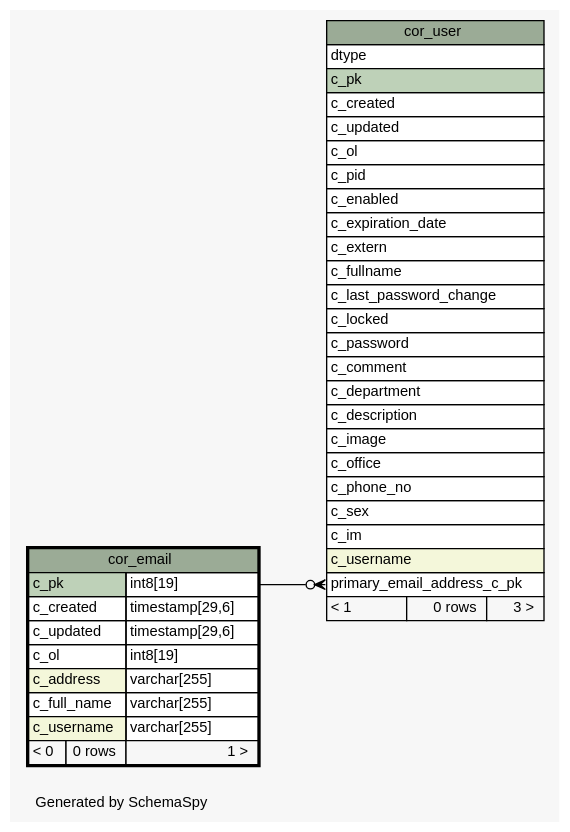
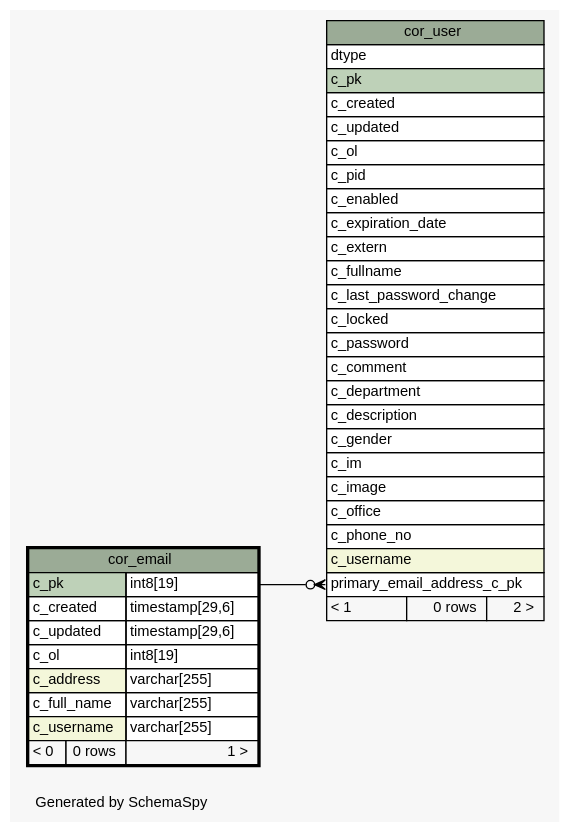
Before and after one commit to openwms/org.openwms.core.uaa: the diagram in schemaspy/diagrams/cor_email.1degree.dot, drawn with Graphviz. The commit also changed 331 other files, not shown here.

```diff
--- a/schemaspy/diagrams/cor_email.1degree.dot
+++ b/schemaspy/diagrams/cor_email.1degree.dot
@@ -1,71 +1,71 @@
-// dot 2.36.0 on Linux 4.4.0-101-generic
+// dot 2.38.0 on Linux 4.15.0-1055-gcp
 // SchemaSpy rev Unknown
 digraph "oneDegreeRelationshipsDiagram" {
   graph [
     rankdir="RL"
     bgcolor="#f7f7f7"
     label="\nGenerated by SchemaSpy"
     labeljust="l"
     nodesep="0.18"
     ranksep="0.46"
     fontname="Helvetica"
     fontsize="11"
   ];
   node [
     fontname="Helvetica"
     fontsize="11"
     shape="plaintext"
   ];
   edge [
     arrowsize="0.8"
   ];
   "cor_user":"primary_email_address_c_pk":w -> "cor_email":"c_pk.type":e [arrowhead=none dir=back arrowtail=crowodot];
   "cor_email" [
     label=<
     <TABLE BORDER="2" CELLBORDER="1" CELLSPACING="0" BGCOLOR="#ffffff">
       <TR><TD COLSPAN="3" BGCOLOR="#9bab96" ALIGN="CENTER">cor_email</TD></TR>
       <TR><TD PORT="c_pk" COLSPAN="2" BGCOLOR="#bed1b8" ALIGN="LEFT">c_pk</TD><TD PORT="c_pk.type" ALIGN="LEFT">int8[19]</TD></TR>
       <TR><TD PORT="c_created" COLSPAN="2" ALIGN="LEFT">c_created</TD><TD PORT="c_created.type" ALIGN="LEFT">timestamp[29,6]</TD></TR>
       <TR><TD PORT="c_updated" COLSPAN="2" ALIGN="LEFT">c_updated</TD><TD PORT="c_updated.type" ALIGN="LEFT">timestamp[29,6]</TD></TR>
       <TR><TD PORT="c_ol" COLSPAN="2" ALIGN="LEFT">c_ol</TD><TD PORT="c_ol.type" ALIGN="LEFT">int8[19]</TD></TR>
       <TR><TD PORT="c_address" COLSPAN="2" BGCOLOR="#f4f7da" ALIGN="LEFT">c_address</TD><TD PORT="c_address.type" ALIGN="LEFT">varchar[255]</TD></TR>
       <TR><TD PORT="c_full_name" COLSPAN="2" ALIGN="LEFT">c_full_name</TD><TD PORT="c_full_name.type" ALIGN="LEFT">varchar[255]</TD></TR>
       <TR><TD PORT="c_username" COLSPAN="2" BGCOLOR="#f4f7da" ALIGN="LEFT">c_username</TD><TD PORT="c_username.type" ALIGN="LEFT">varchar[255]</TD></TR>
       <TR><TD ALIGN="LEFT" BGCOLOR="#f7f7f7">&lt; 0</TD><TD ALIGN="RIGHT" BGCOLOR="#f7f7f7">0 rows</TD><TD ALIGN="RIGHT" BGCOLOR="#f7f7f7">1 &gt;</TD></TR>
     </TABLE>>
     URL="cor_email.html"
     tooltip="cor_email"
   ];
   "cor_user" [
     label=<
     <TABLE BORDER="0" CELLBORDER="1" CELLSPACING="0" BGCOLOR="#ffffff">
       <TR><TD COLSPAN="3" BGCOLOR="#9bab96" ALIGN="CENTER">cor_user</TD></TR>
       <TR><TD PORT="dtype" COLSPAN="3" ALIGN="LEFT">dtype</TD></TR>
       <TR><TD PORT="c_pk" COLSPAN="3" BGCOLOR="#bed1b8" ALIGN="LEFT">c_pk</TD></TR>
       <TR><TD PORT="c_created" COLSPAN="3" ALIGN="LEFT">c_created</TD></TR>
       <TR><TD PORT="c_updated" COLSPAN="3" ALIGN="LEFT">c_updated</TD></TR>
       <TR><TD PORT="c_ol" COLSPAN="3" ALIGN="LEFT">c_ol</TD></TR>
       <TR><TD PORT="c_pid" COLSPAN="3" ALIGN="LEFT">c_pid</TD></TR>
       <TR><TD PORT="c_enabled" COLSPAN="3" ALIGN="LEFT">c_enabled</TD></TR>
       <TR><TD PORT="c_expiration_date" COLSPAN="3" ALIGN="LEFT">c_expiration_date</TD></TR>
       <TR><TD PORT="c_extern" COLSPAN="3" ALIGN="LEFT">c_extern</TD></TR>
       <TR><TD PORT="c_fullname" COLSPAN="3" ALIGN="LEFT">c_fullname</TD></TR>
       <TR><TD PORT="c_last_password_change" COLSPAN="3" ALIGN="LEFT">c_last_password_change</TD></TR>
       <TR><TD PORT="c_locked" COLSPAN="3" ALIGN="LEFT">c_locked</TD></TR>
       <TR><TD PORT="c_password" COLSPAN="3" ALIGN="LEFT">c_password</TD></TR>
       <TR><TD PORT="c_comment" COLSPAN="3" ALIGN="LEFT">c_comment</TD></TR>
       <TR><TD PORT="c_department" COLSPAN="3" ALIGN="LEFT">c_department</TD></TR>
       <TR><TD PORT="c_description" COLSPAN="3" ALIGN="LEFT">c_description</TD></TR>
+      <TR><TD PORT="c_gender" COLSPAN="3" ALIGN="LEFT">c_gender</TD></TR>
+      <TR><TD PORT="c_im" COLSPAN="3" ALIGN="LEFT">c_im</TD></TR>
       <TR><TD PORT="c_image" COLSPAN="3" ALIGN="LEFT">c_image</TD></TR>
       <TR><TD PORT="c_office" COLSPAN="3" ALIGN="LEFT">c_office</TD></TR>
       <TR><TD PORT="c_phone_no" COLSPAN="3" ALIGN="LEFT">c_phone_no</TD></TR>
-      <TR><TD PORT="c_sex" COLSPAN="3" ALIGN="LEFT">c_sex</TD></TR>
-      <TR><TD PORT="c_im" COLSPAN="3" ALIGN="LEFT">c_im</TD></TR>
       <TR><TD PORT="c_username" COLSPAN="3" BGCOLOR="#f4f7da" ALIGN="LEFT">c_username</TD></TR>
       <TR><TD PORT="primary_email_address_c_pk" COLSPAN="3" ALIGN="LEFT">primary_email_address_c_pk</TD></TR>
-      <TR><TD ALIGN="LEFT" BGCOLOR="#f7f7f7">&lt; 1</TD><TD ALIGN="RIGHT" BGCOLOR="#f7f7f7">0 rows</TD><TD ALIGN="RIGHT" BGCOLOR="#f7f7f7">3 &gt;</TD></TR>
+      <TR><TD ALIGN="LEFT" BGCOLOR="#f7f7f7">&lt; 1</TD><TD ALIGN="RIGHT" BGCOLOR="#f7f7f7">0 rows</TD><TD ALIGN="RIGHT" BGCOLOR="#f7f7f7">2 &gt;</TD></TR>
     </TABLE>>
     URL="cor_user.html"
     tooltip="cor_user"
   ];
 }
```
